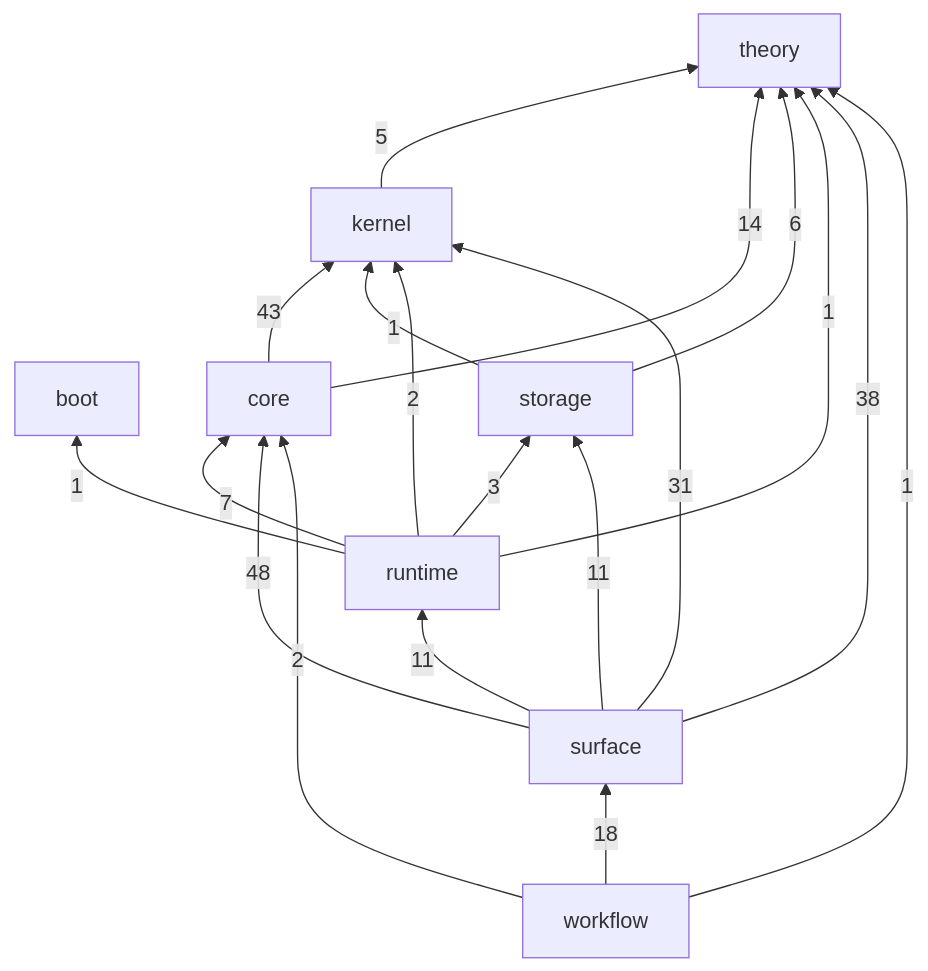
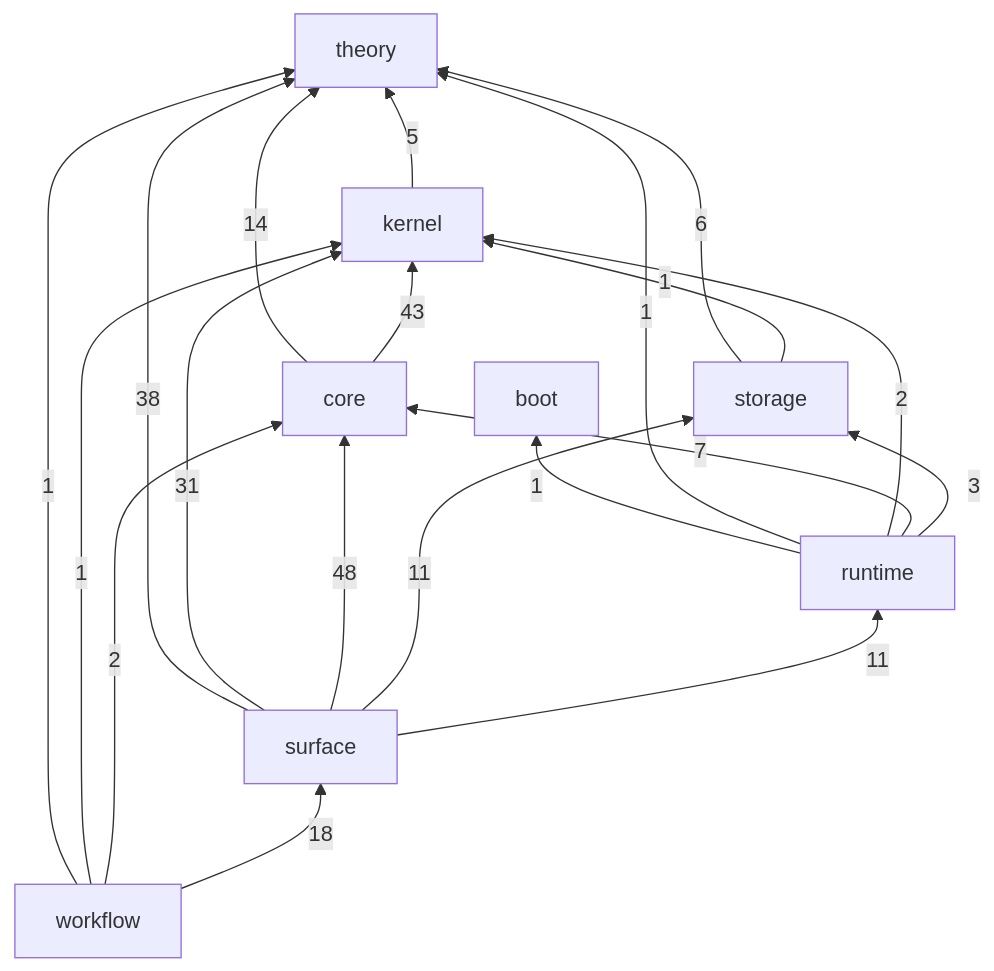
The first of 2 diagrams in crates/README.md (gandr-lang/gandr), drawn with Mermaid before and after one commit. The commit also changed 4 other files, not shown here.

````diff
--- a/crates/README.md
+++ b/crates/README.md
@@ -28,29 +28,30 @@
 ```mermaid
 flowchart BT
   boot
   theory
   kernel
   core
   storage
   runtime
   surface
   workflow
   kernel -->|5| theory
   core -->|14| theory
   core -->|43| kernel
   storage -->|6| theory
   storage -->|1| kernel
   runtime -->|1| boot
   runtime -->|1| theory
   runtime -->|2| kernel
   runtime -->|7| core
   runtime -->|3| storage
   surface -->|38| theory
   surface -->|31| kernel
   surface -->|48| core
   surface -->|11| storage
   surface -->|11| runtime
   workflow -->|1| theory
+  workflow -->|1| kernel
   workflow -->|2| core
   workflow -->|18| surface
 ```
````
